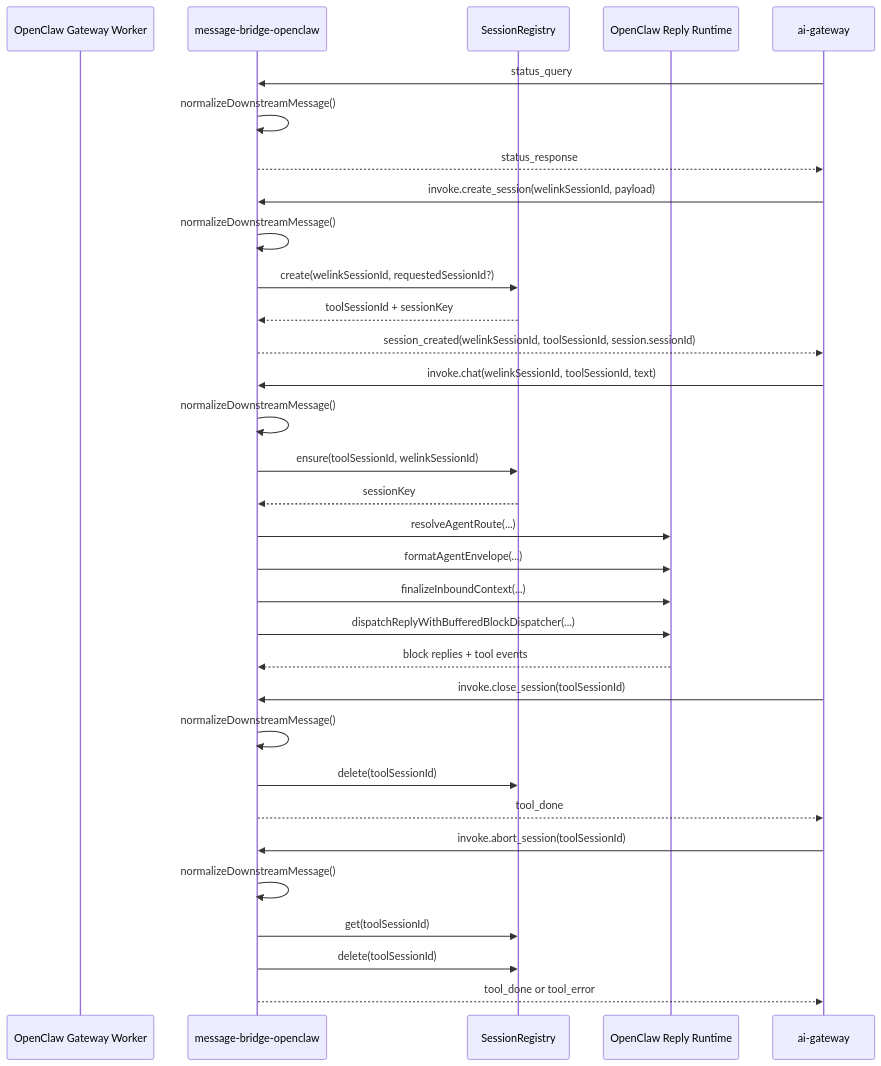
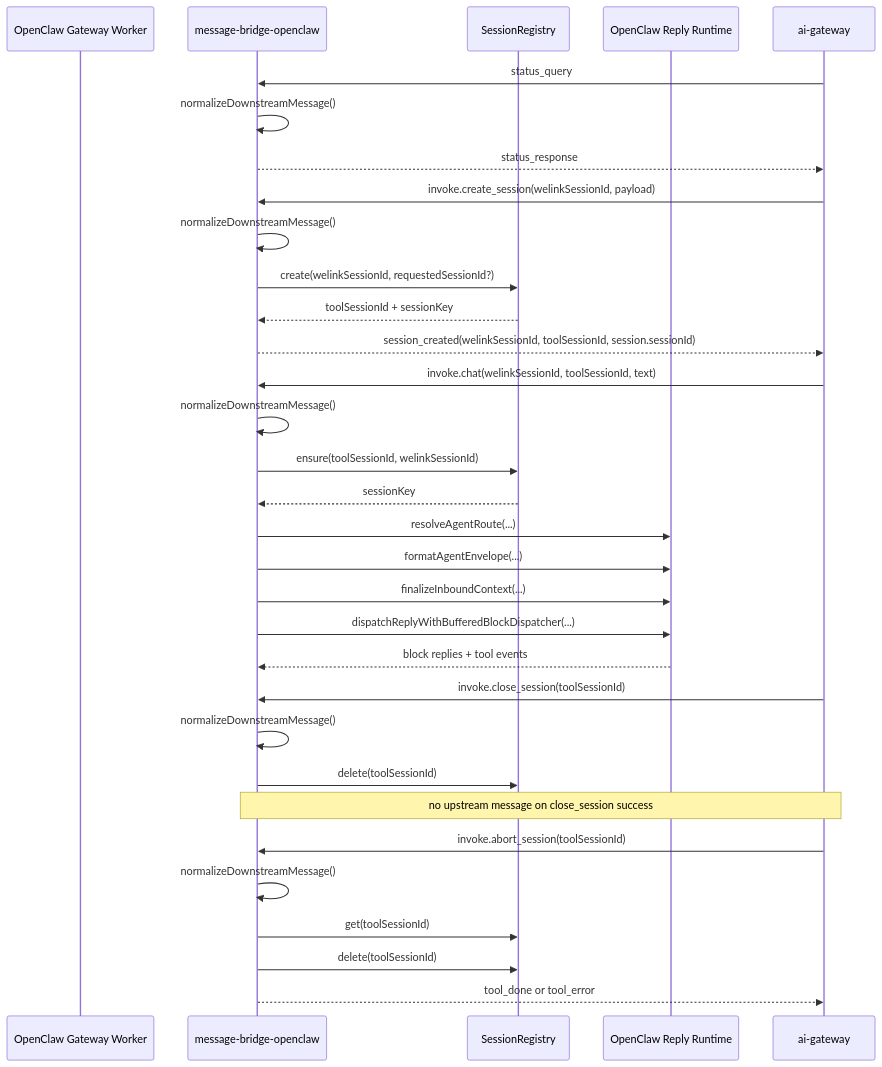
One commit to yuzhangCZ/agent-plugin changed the second of 3 diagrams in docs/protocol-sequence.md. Above: the diagram before and after it, drawn with Mermaid. The commit also changed other lines of this file and 22 other files, not shown here.

````diff
--- a/docs/protocol-sequence.md
+++ b/docs/protocol-sequence.md
@@ -85,39 +88,39 @@
 ```mermaid
 sequenceDiagram
   participant OGW as OpenClaw Gateway Worker
   participant MB as message-bridge-openclaw
   participant SR as SessionRegistry
   participant ORR as OpenClaw Reply Runtime
   participant AG as ai-gateway
 
   AG->>MB: status_query
   MB->>MB: normalizeDownstreamMessage()
   MB-->>AG: status_response
 
   AG->>MB: invoke.create_session(welinkSessionId, payload)
   MB->>MB: normalizeDownstreamMessage()
   MB->>SR: create(welinkSessionId, requestedSessionId?)
   SR-->>MB: toolSessionId + sessionKey
   MB-->>AG: session_created(welinkSessionId, toolSessionId, session.sessionId)
 
   AG->>MB: invoke.chat(welinkSessionId, toolSessionId, text)
   MB->>MB: normalizeDownstreamMessage()
   MB->>SR: ensure(toolSessionId, welinkSessionId)
   SR-->>MB: sessionKey
   MB->>ORR: resolveAgentRoute(...)
   MB->>ORR: formatAgentEnvelope(...)
   MB->>ORR: finalizeInboundContext(...)
   MB->>ORR: dispatchReplyWithBufferedBlockDispatcher(...)
   ORR-->>MB: block replies + tool events
 
   AG->>MB: invoke.close_session(toolSessionId)
   MB->>MB: normalizeDownstreamMessage()
   MB->>SR: delete(toolSessionId)
-  MB-->>AG: tool_done
+  Note over MB,AG: no upstream message on close_session success
 
   AG->>MB: invoke.abort_session(toolSessionId)
   MB->>MB: normalizeDownstreamMessage()
   MB->>SR: get(toolSessionId)
   MB->>SR: delete(toolSessionId)
   MB-->>AG: tool_done or tool_error
 ```
````
